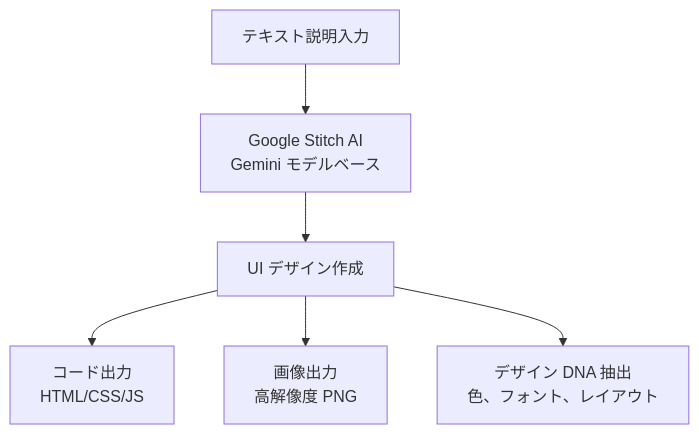
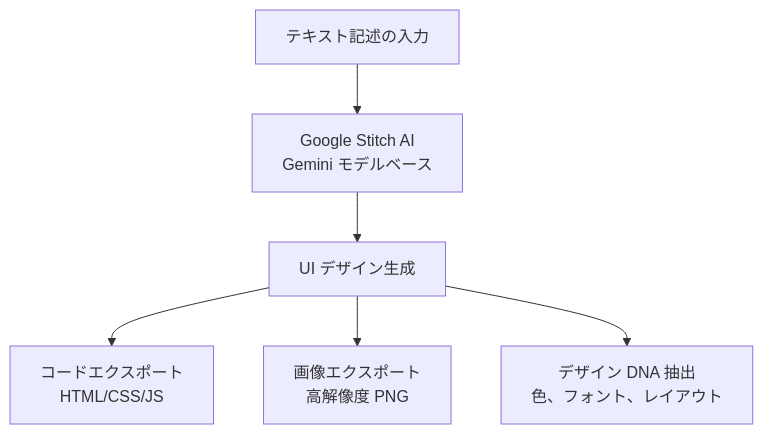
Before and after one commit to modu-ai/moai-adk: the first of 3 diagrams in docs-site/content/ja/advanced/stitch-guide.md, drawn with Mermaid. The commit also changed other lines of this file and 395 other files, not shown here.

````diff
--- a/docs-site/content/ja/advanced/stitch-guide.md
+++ b/docs-site/content/ja/advanced/stitch-guide.md
@@ -19,8 +19,8 @@
 ```mermaid
 flowchart TD
-    A["テキスト説明入力"] --> B["Google Stitch AI<br>Gemini モデルベース"]
-    B --> C["UI デザイン作成"]
-    C --> D["コード出力<br>HTML/CSS/JS"]
-    C --> E["画像出力<br>高解像度 PNG"]
+    A["テキスト記述の入力"] --> B["Google Stitch AI<br>Gemini モデルベース"]
+    B --> C["UI デザイン生成"]
+    C --> D["コードエクスポート<br>HTML/CSS/JS"]
+    C --> E["画像エクスポート<br>高解像度 PNG"]
     C --> F["デザイン DNA 抽出<br>色、フォント、レイアウト"]
 ```
````
